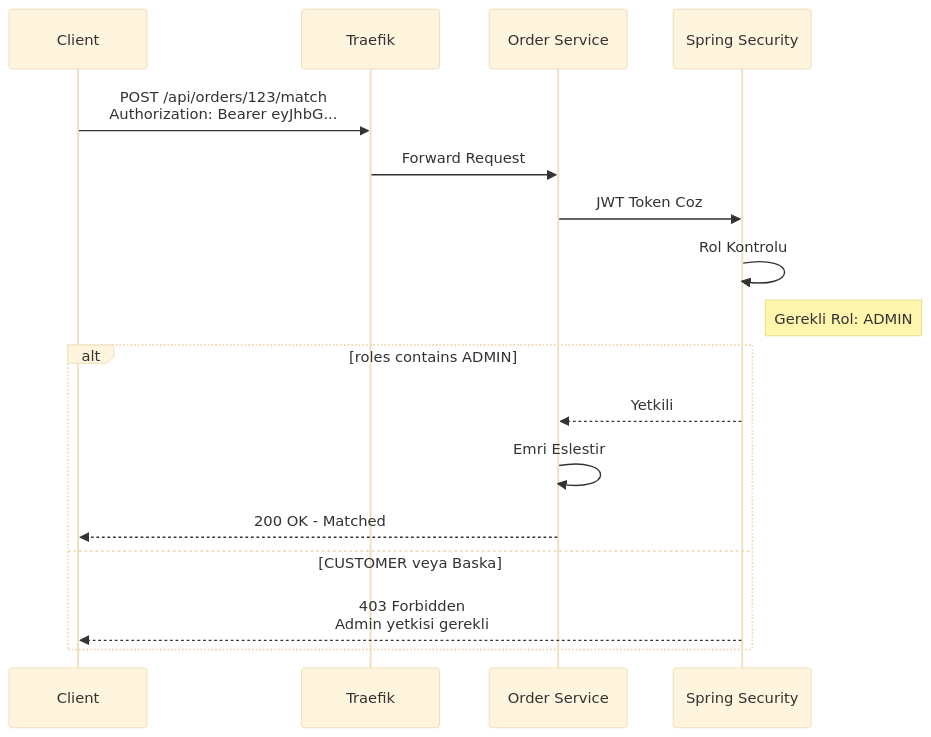
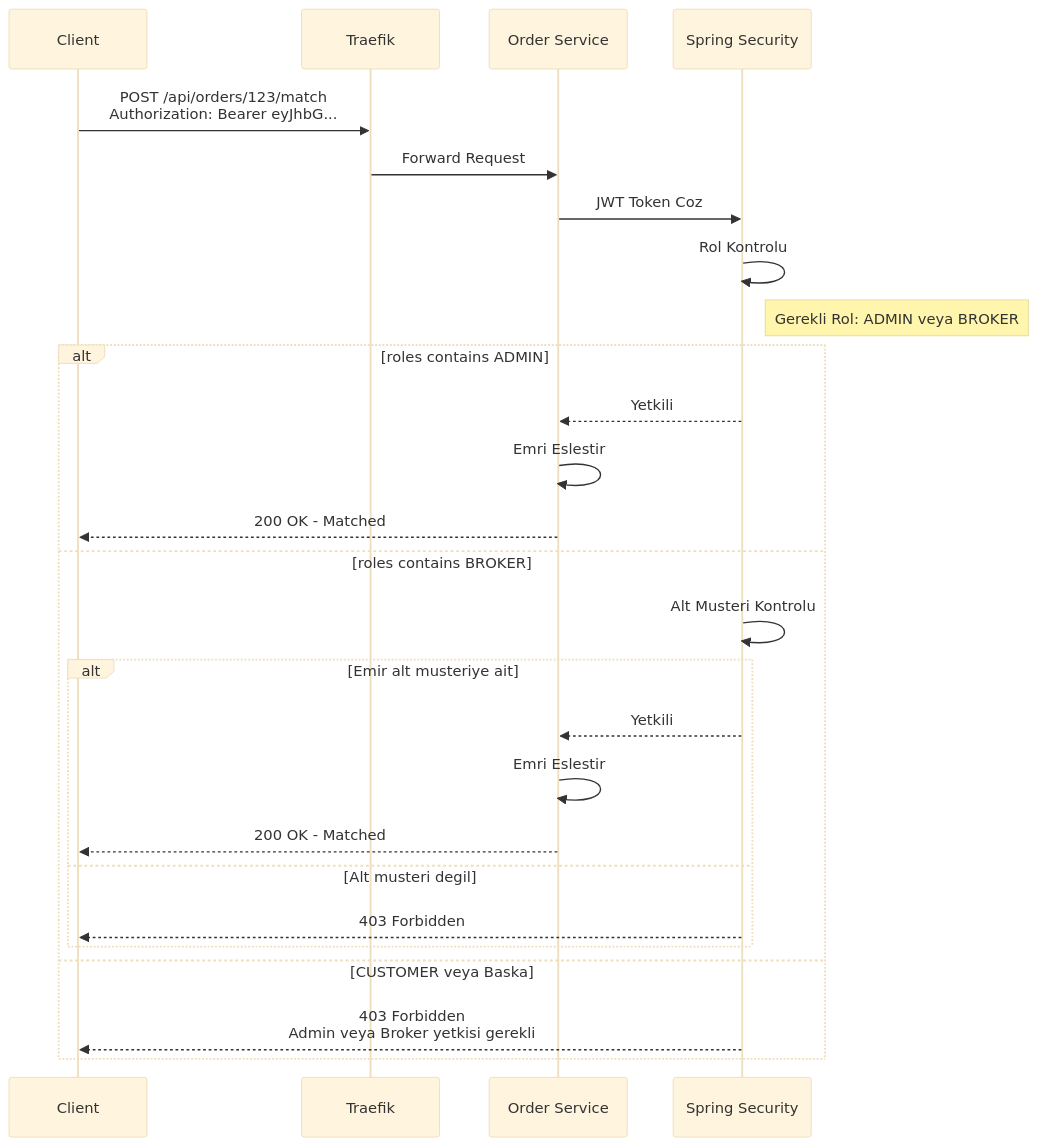
One commit to atillailhankartal/interview-20251222 changed the tenth of 29 diagrams in docs/tr/05-api-gateway-guvenlik.md. Above: the diagram before and after it, drawn with Mermaid (base theme). The commit also changed other lines of this file and 43 other files, not shown here.

````diff
--- a/docs/tr/05-api-gateway-guvenlik.md
+++ b/docs/tr/05-api-gateway-guvenlik.md
@@ -267,23 +302,32 @@
 ```mermaid
 sequenceDiagram
     participant C as Client
     participant T as Traefik
     participant S as Order Service
     participant SEC as Spring Security
 
     C->>T: POST /api/orders/123/match<br/>Authorization: Bearer eyJhbG...
 
     T->>S: Forward Request
 
     S->>SEC: JWT Token Coz
     SEC->>SEC: Rol Kontrolu
-    Note right of SEC: Gerekli Rol: ADMIN
+    Note right of SEC: Gerekli Rol: ADMIN veya BROKER
 
     alt roles contains ADMIN
         SEC-->>S: Yetkili
         S->>S: Emri Eslestir
         S-->>C: 200 OK - Matched
+    else roles contains BROKER
+        SEC->>SEC: Alt Musteri Kontrolu
+        alt Emir alt musteriye ait
+            SEC-->>S: Yetkili
+            S->>S: Emri Eslestir
+            S-->>C: 200 OK - Matched
+        else Alt musteri degil
+            SEC-->>C: 403 Forbidden
+        end
     else CUSTOMER veya Baska
-        SEC-->>C: 403 Forbidden<br/>Admin yetkisi gerekli
+        SEC-->>C: 403 Forbidden<br/>Admin veya Broker yetkisi gerekli
     end
 ```
````
